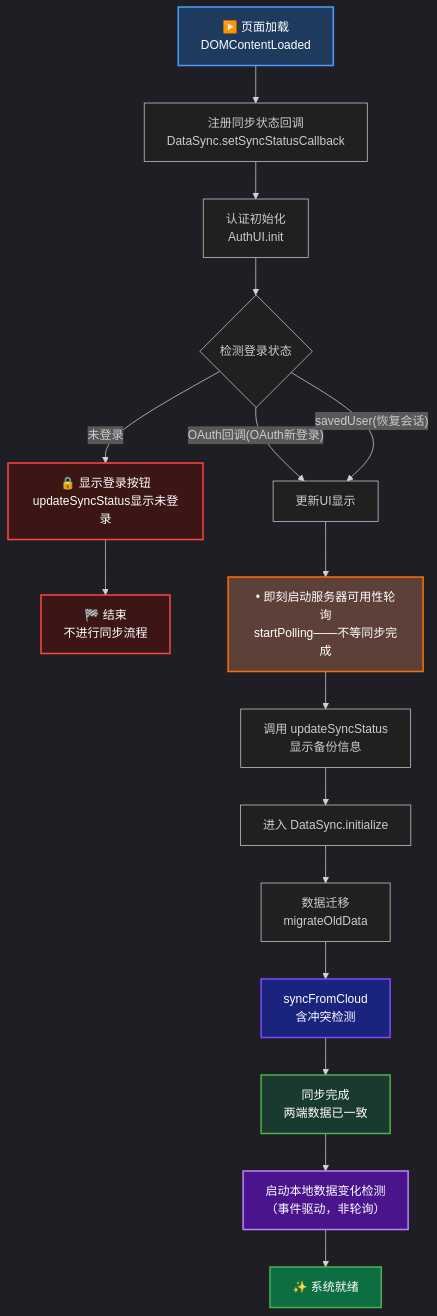
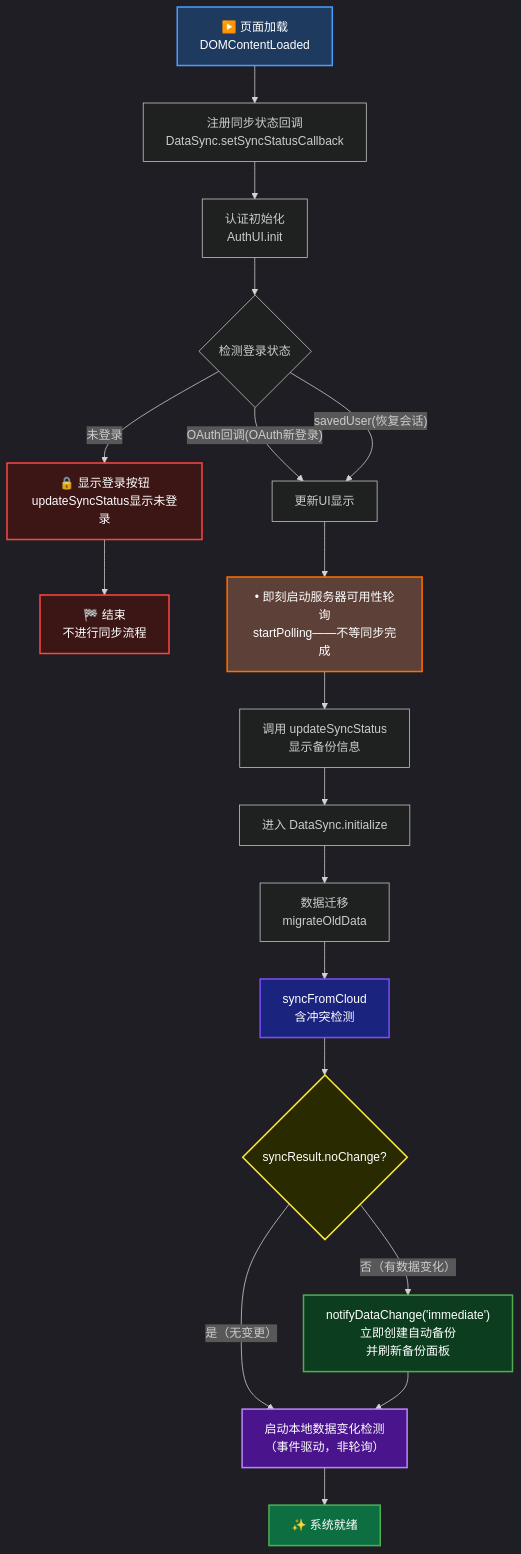
One commit to Fuck996/yanyu_tools changed the first of 4 diagrams in doc/FLOWCHART_DIAGRAMS.md. Above: the diagram before and after it, drawn with Mermaid. The commit also changed other lines of this file and 4 other files, not shown here.

````diff
--- a/doc/FLOWCHART_DIAGRAMS.md
+++ b/doc/FLOWCHART_DIAGRAMS.md
@@ -31,33 +31,37 @@
 ```mermaid
 %%{init: {'theme':'dark'}}%%
 graph TD
     A["▶️ 页面加载<br/>DOMContentLoaded"] --> B["注册同步状态回调<br/>DataSync.setSyncStatusCallback"]
     B --> C["认证初始化<br/>AuthUI.init"]
 
     C --> D{"检测登录状态"}
 
     D -->|"OAuth回调(OAuth新登录)"| E["更新UI显示"]
     D -->|"savedUser(恢复会话)"| E
     D -->|"未登录"| F["🔒 显示登录按钮<br/>updateSyncStatus显示未登录"]
     F --> Z["🏁 结束<br/>不进行同步流程"]
 
     E --> G["• 即刻启动服务器可用性轮询<br/>startPolling——不等同步完成"]
     G --> H["调用 updateSyncStatus<br/>显示备份信息"]
     H --> I["进入 DataSync.initialize"]
 
     I --> J["数据迁移<br/>migrateOldData"]
     J --> K["syncFromCloud<br/>含冲突检测"]
-    K --> L["同步完成<br/>两端数据已一致"]
+    K --> KC{syncResult.noChange?}
+    KC -->|"是（无变更）"| M
+    KC -->|"否（有数据变化）"| KB["notifyDataChange('immediate')<br/>立即创建自动备份<br/>并刷新备份面板"]
+    KB --> M
 
-    L --> M["启动本地数据变化检测<br/>（事件驱动，非轮询）"]
+    M["启动本地数据变化检测<br/>（事件驱动，非轮询）"]
     M --> O["✨ 系统就绪"]
 
     style A fill:#1e3a5f,stroke:#4a9eff,stroke-width:2px,color:#fff
     style F fill:#3c1515,stroke:#ff4444,stroke-width:2px,color:#fff
     style Z fill:#3c1515,stroke:#ff4444,stroke-width:2px,color:#fff
     style G fill:#5d4037,stroke:#ff6f00,stroke-width:2px,color:#fff
     style K fill:#1a237e,stroke:#7c4dff,stroke-width:2px,color:#fff
-    style L fill:#1b3a2f,stroke:#4caf50,stroke-width:2px,color:#fff
+    style KB fill:#0d3d1f,stroke:#4caf50,stroke-width:2px,color:#fff
+    style KC fill:#2a2a00,stroke:#ffeb3b,stroke-width:2px,color:#fff
     style M fill:#4a148c,stroke:#bb86fc,stroke-width:2px,color:#fff
     style O fill:#0d6e41,stroke:#4caf50,stroke-width:2px,color:#fff
 ```
````
